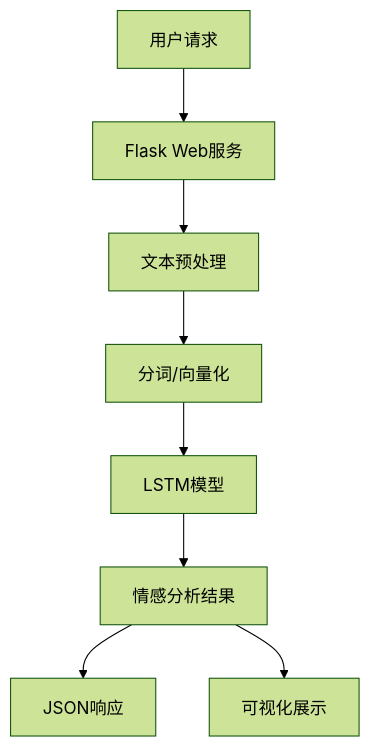
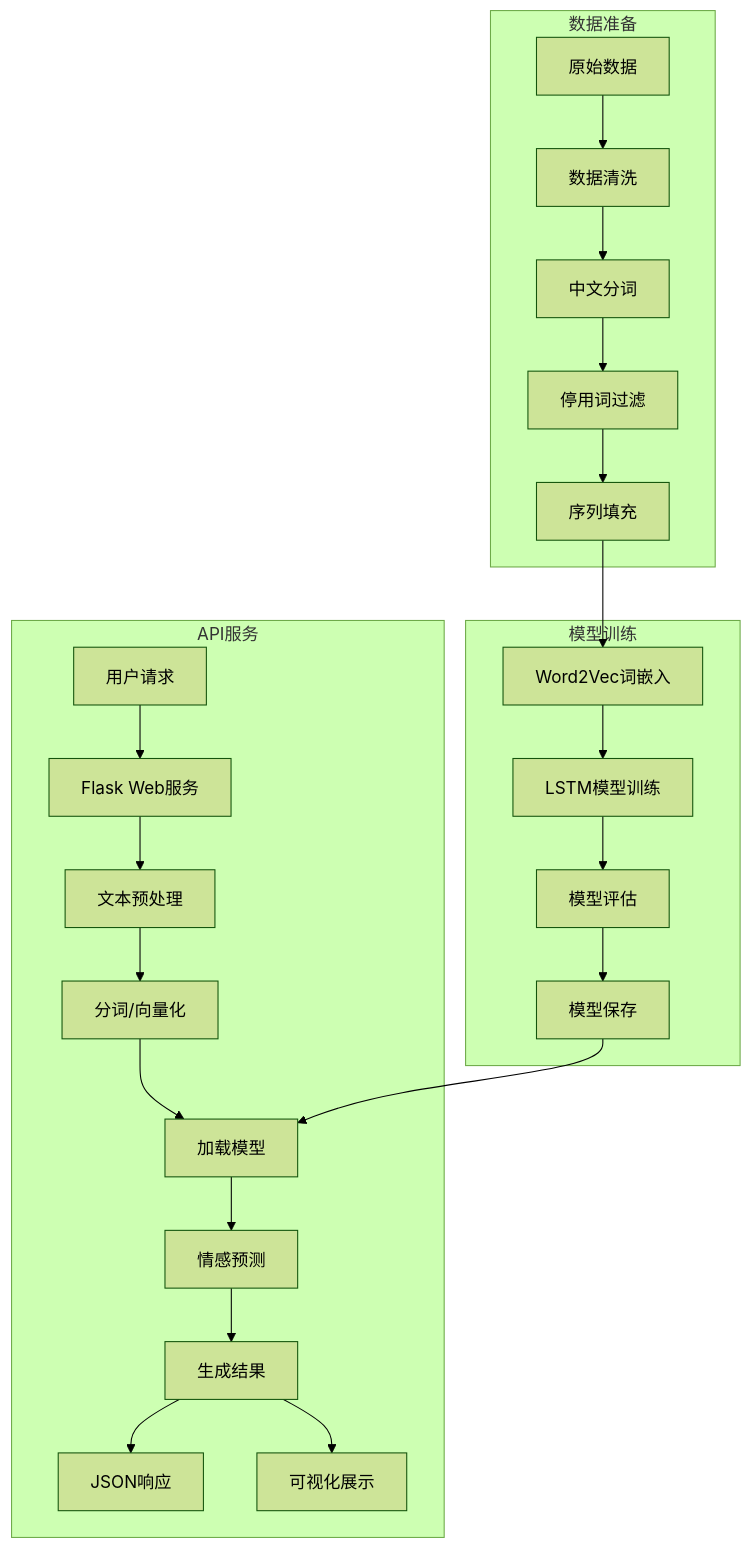
Before and after one commit to HeadmasterEggy/shebi: the diagram in README.md, drawn with Mermaid (forest theme). The commit also changed other lines of this file, not shown here.

````diff
--- a/README.md
+++ b/README.md
@@ -29,10 +29,29 @@
 ```mermaid
 graph TD
-    A[用户请求] --> B[Flask Web服务]
-    B --> C[文本预处理]
-    C --> D[分词/向量化]
-    D --> E[LSTM模型]
-    E --> F[情感分析结果]
-    F --> G[JSON响应]
-    F --> H[可视化展示]
+    subgraph 数据准备
+        A[原始数据] --> B[数据清洗]
+        B --> C[中文分词]
+        C --> D[停用词过滤]
+        D --> E[序列填充]
+    end
+    
+    subgraph 模型训练
+        E --> F[Word2Vec词嵌入]
+        F --> G[LSTM模型训练]
+        G --> H[模型评估]
+        H --> I[模型保存]
+    end
+    
+    subgraph API服务
+        J[用户请求] --> K[Flask Web服务]
+        K --> L[文本预处理]
+        L --> M[分词/向量化]
+        M --> N[加载模型]
+        N --> O[情感预测]
+        O --> P[生成结果]
+        P --> Q[JSON响应]
+        P --> R[可视化展示]
+    end
+    
+    I --> N
 ```
````
